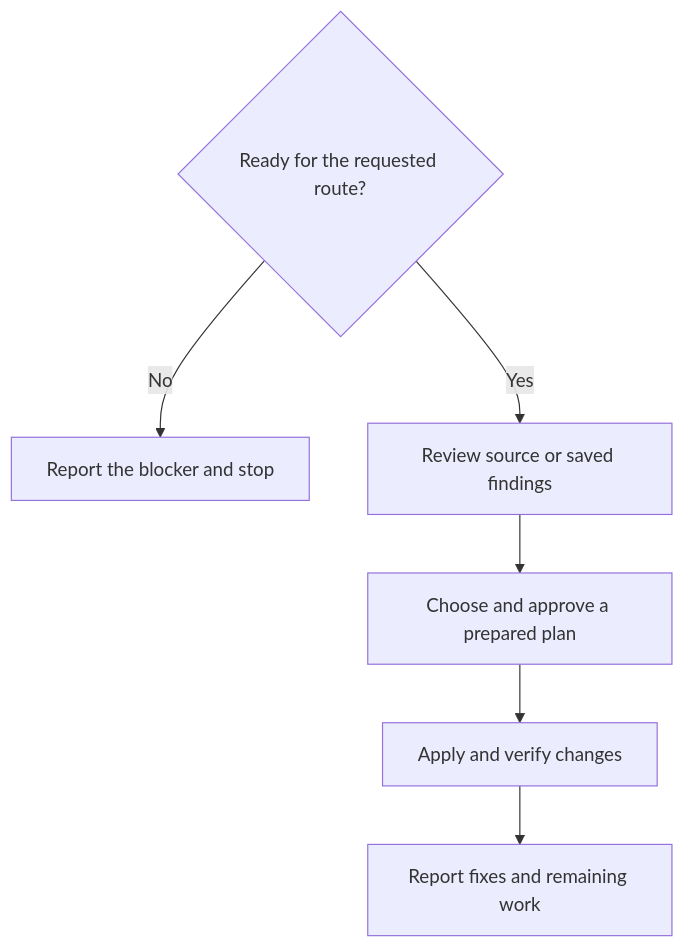
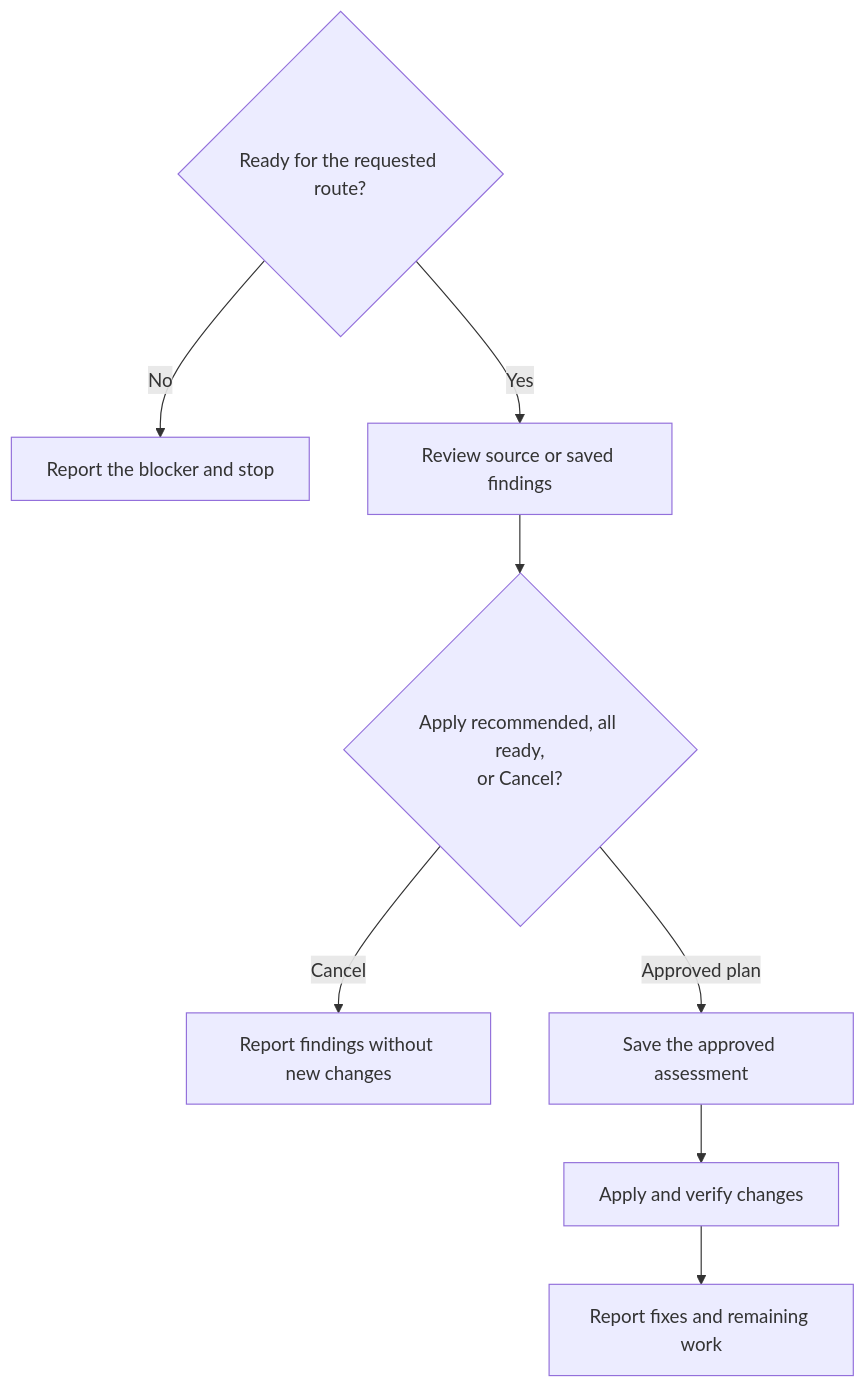
Before and after one commit to myowinthein/agent-helm: the diagram in docs/commands/refactor.md, drawn with Mermaid. The commit also changed other lines of this file and 16 other files, not shown here.

Commit message:
docs(workflows): simplify review and apply choices

````diff
--- a/docs/commands/refactor.md
+++ b/docs/commands/refactor.md
@@ -17,8 +17,10 @@
 ```mermaid
 flowchart TD
   Gate{"Ready for the requested route?"} -->|No| Stop["Report the blocker and stop"]
   Gate -->|Yes| Review
-  Review["Review source or saved findings"] --> Plan["Choose and approve a prepared plan"]
-  Plan --> Work["Apply and verify changes"]
+  Review["Review source or saved findings"] --> Plan{"Apply recommended, all ready,<br/>or Cancel?"}
+  Plan -->|Cancel| End["Report findings without new changes"]
+  Plan -->|Approved plan| Save["Save the approved assessment"]
+  Save --> Work["Apply and verify changes"]
   Work --> Result["Report fixes and remaining work"]
 ```
````
